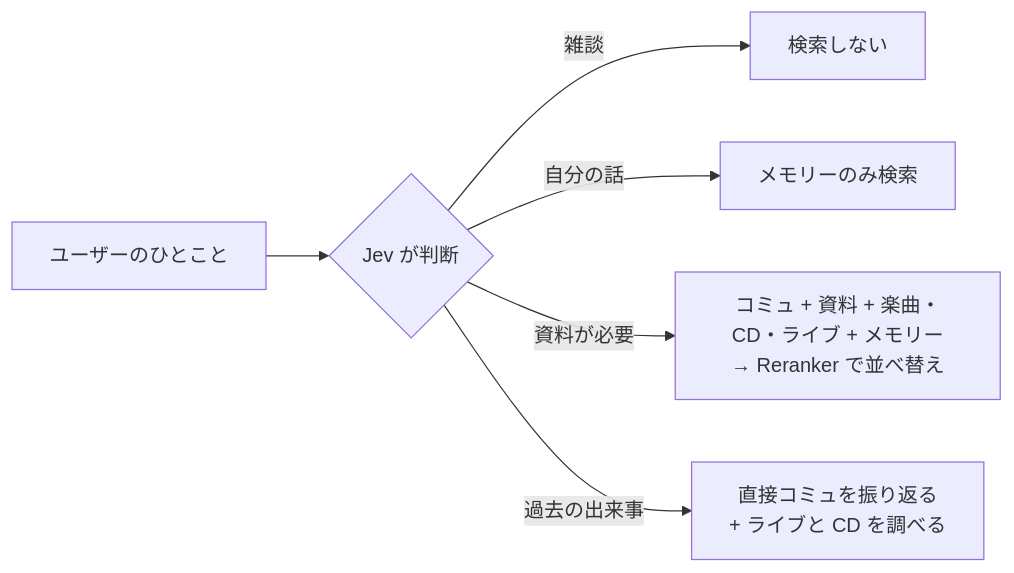
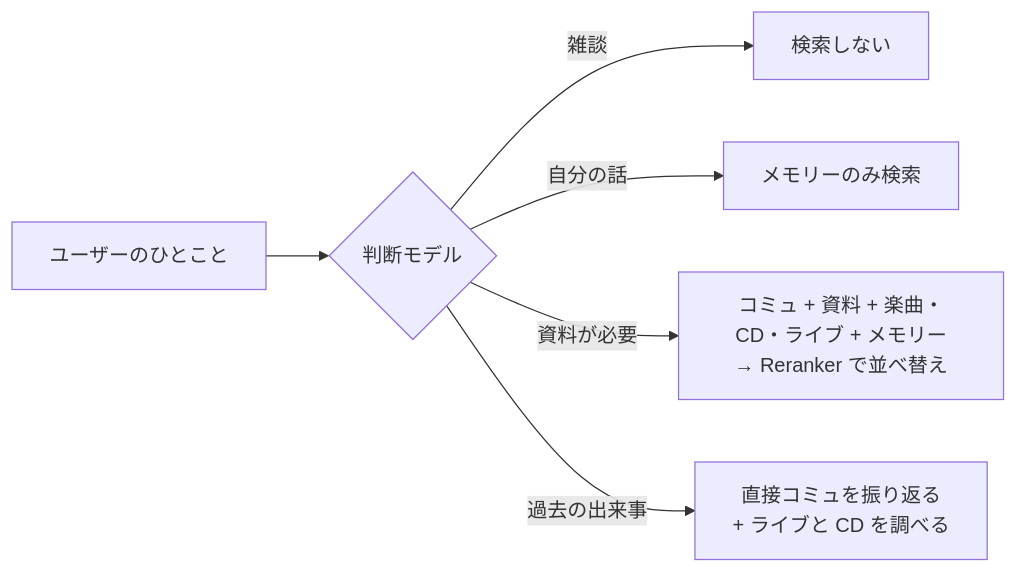
Before and after one commit to 3aKHP/idolum: the second of 2 diagrams in README.ja.md, drawn with Mermaid. The commit also changed other lines of this file and 6 other files, not shown here.

````diff
--- a/README.ja.md
+++ b/README.ja.md
@@ -389,8 +403,8 @@
 ```mermaid
 flowchart LR
-    Q["ユーザーのひとこと"] --> Jev{"Jev が判断"}
+    Q["ユーザーのひとこと"] --> Jev{"判断モデル"}
     Jev -- 雑談 --> None["検索しない"]
     Jev -- 自分の話 --> Mem["メモリーのみ検索"]
     Jev -- 資料が必要 --> Ref["コミュ + 資料 + 楽曲・CD・ライブ + メモリー<br/>→ Reranker で並べ替え"]
     Jev -- 過去の出来事 --> Recall["直接コミュを振り返る<br/>+ ライブと CD を調べる"]
 ```
````
